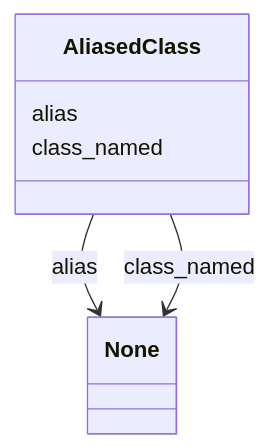
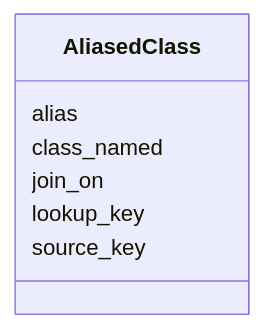
The diagram in docs/schema/AliasedClass.md (linkml/linkml-map), drawn with Mermaid before and after one commit. The commit also changed other lines of this file and 155 other files, not shown here.

First line of the commit message:
Regenerate schema docs

````diff
--- a/docs/schema/AliasedClass.md
+++ b/docs/schema/AliasedClass.md
@@ -17,13 +23,16 @@
 ```mermaid
  classDiagram
     class AliasedClass
+    click AliasedClass href "../AliasedClass/"
       AliasedClass : alias
-
-          AliasedClass --> None : alias
-
+        
       AliasedClass : class_named
-
-          AliasedClass --> None : class_named
-
-
+        
+      AliasedClass : join_on
+        
+      AliasedClass : lookup_key
+        
+      AliasedClass : source_key
+        
+      
 ```
````
